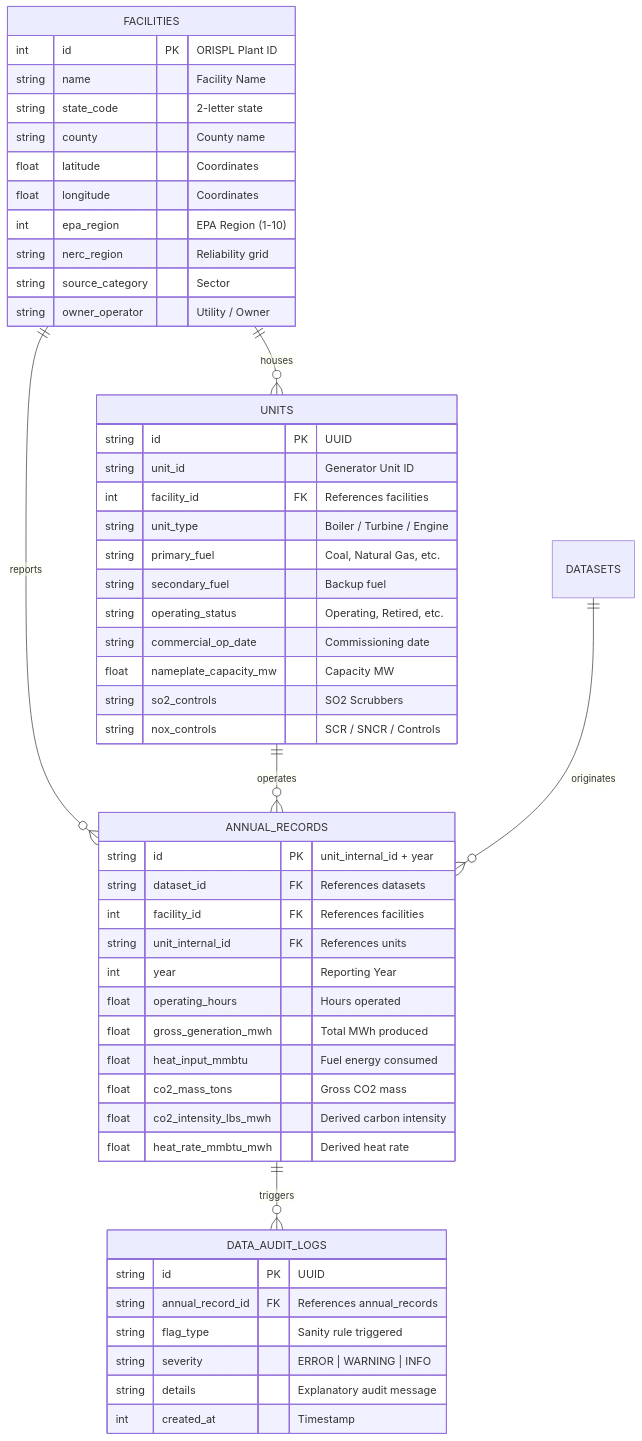
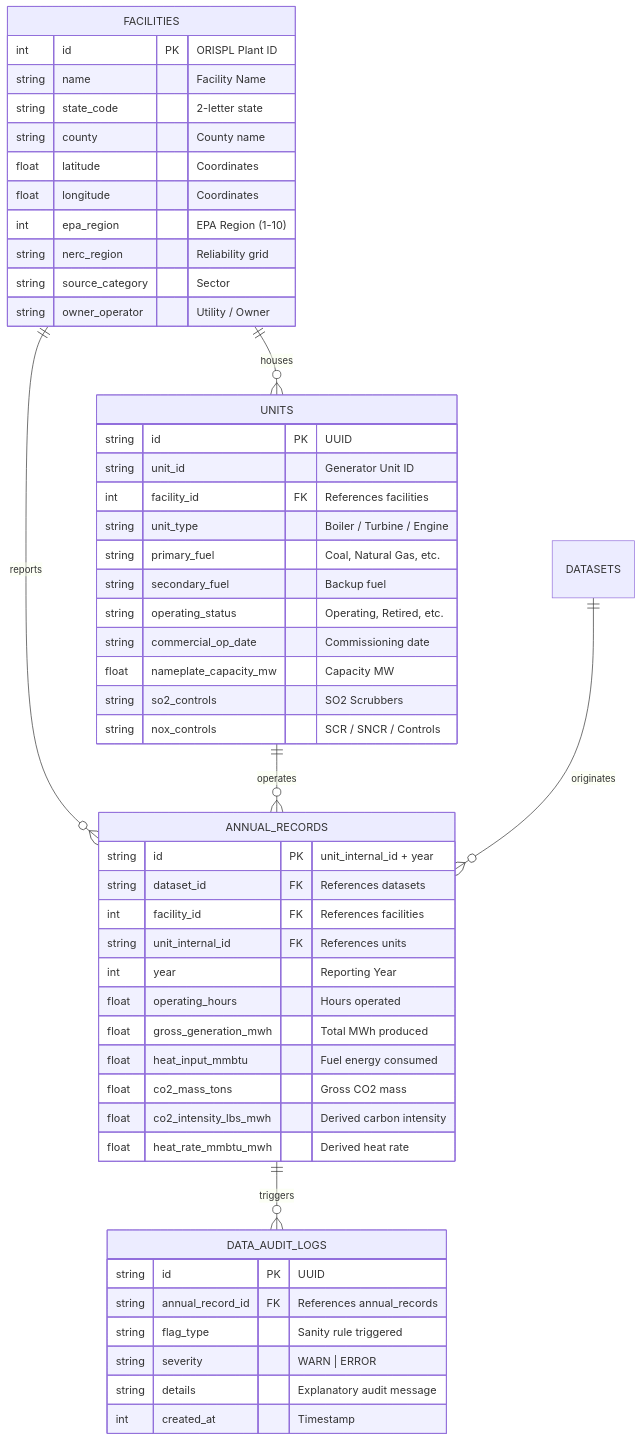
One commit to raajbanga/cs396-project changed the diagram in README.md. Above: the diagram before and after it, drawn with Mermaid. The commit also changed other lines of this file and 2 other files, not shown here.

Commit message:
docs: align audit thresholds, severity enum, and Leaflet/D3 map documentation across code and docs

````diff
--- a/README.md
+++ b/README.md
@@ -55,58 +63,58 @@
 ```mermaid
 erDiagram
     FACILITIES ||--o{ UNITS : "houses"
     FACILITIES ||--o{ ANNUAL_RECORDS : "reports"
     UNITS ||--o{ ANNUAL_RECORDS : "operates"
     DATASETS ||--o{ ANNUAL_RECORDS : "originates"
     ANNUAL_RECORDS ||--o{ DATA_AUDIT_LOGS : "triggers"
 
     FACILITIES {
         int id PK "ORISPL Plant ID"
         string name "Facility Name"
         string state_code "2-letter state"
         string county "County name"
         float latitude "Coordinates"
         float longitude "Coordinates"
         int epa_region "EPA Region (1-10)"
         string nerc_region "Reliability grid"
         string source_category "Sector"
         string owner_operator "Utility / Owner"
     }
 
     UNITS {
         string id PK "UUID"
         string unit_id "Generator Unit ID"
         int facility_id FK "References facilities"
         string unit_type "Boiler / Turbine / Engine"
         string primary_fuel "Coal, Natural Gas, etc."
         string secondary_fuel "Backup fuel"
         string operating_status "Operating, Retired, etc."
         string commercial_op_date "Commissioning date"
         float nameplate_capacity_mw "Capacity MW"
         string so2_controls "SO2 Scrubbers"
         string nox_controls "SCR / SNCR / Controls"
     }
 
     ANNUAL_RECORDS {
         string id PK "unit_internal_id + year"
         string dataset_id FK "References datasets"
         int facility_id FK "References facilities"
         string unit_internal_id FK "References units"
         int year "Reporting Year"
         float operating_hours "Hours operated"
         float gross_generation_mwh "Total MWh produced"
         float heat_input_mmbtu "Fuel energy consumed"
         float co2_mass_tons "Gross CO2 mass"
         float co2_intensity_lbs_mwh "Derived carbon intensity"
         float heat_rate_mmbtu_mwh "Derived heat rate"
     }
 
     DATA_AUDIT_LOGS {
         string id PK "UUID"
         string annual_record_id FK "References annual_records"
         string flag_type "Sanity rule triggered"
-        string severity "ERROR | WARNING | INFO"
+        string severity "WARN | ERROR"
         string details "Explanatory audit message"
         int created_at "Timestamp"
     }
 ```
````
